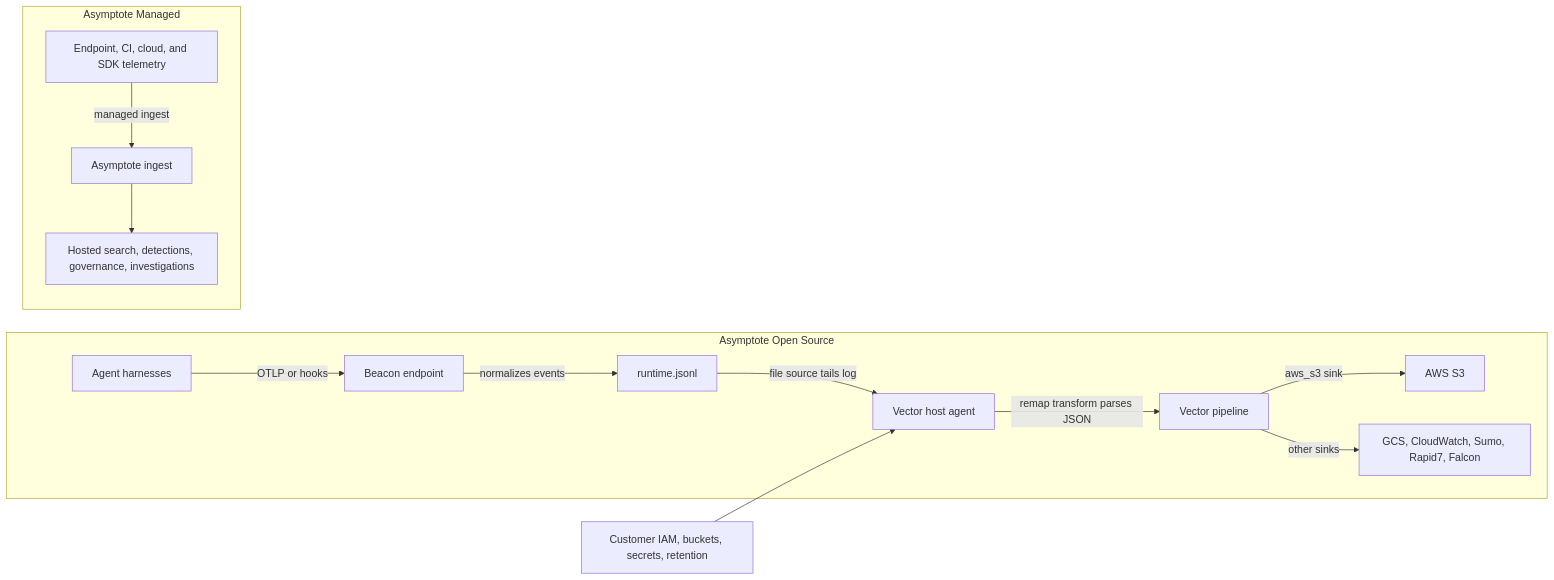
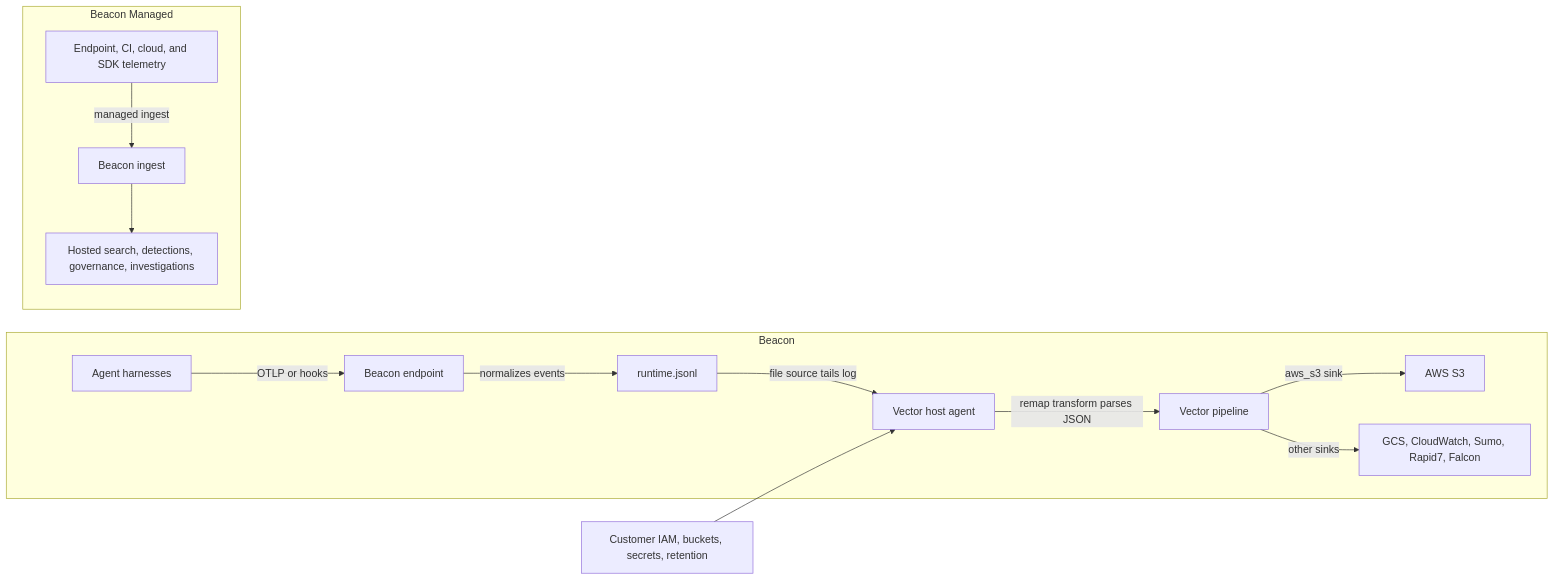
One commit to Asymptote-Labs/agent-beacon changed the diagram in docs/concepts/vector-forwarding.mdx. Above: the diagram before and after it, drawn with Mermaid. The commit also changed other lines of this file and 115 other files, not shown here.

````diff
--- a/docs/concepts/vector-forwarding.mdx
+++ b/docs/concepts/vector-forwarding.mdx
@@ -6,18 +6,18 @@
 ```mermaid
 flowchart LR
-  subgraph openSourcePath [Asymptote Open Source]
+  subgraph openSourcePath [Beacon]
     agentHarnesses["Agent harnesses"] -->|"OTLP or hooks"| beaconEndpoint["Beacon endpoint"]
     beaconEndpoint -->|"normalizes events"| runtimeLog["runtime.jsonl"]
     runtimeLog -->|"file source tails log"| vectorAgent["Vector host agent"]
     vectorAgent -->|"remap transform parses JSON"| vectorPipeline["Vector pipeline"]
     vectorPipeline -->|"aws_s3 sink"| s3Bucket["AWS S3"]
     vectorPipeline -->|"other sinks"| customerDestinations["GCS, CloudWatch, Sumo, Rapid7, Falcon"]
   end
 
-  subgraph managedPath [Asymptote Managed]
-    managedSources["Endpoint, CI, cloud, and SDK telemetry"] -->|"managed ingest"| managedIngest["Asymptote ingest"]
+  subgraph managedPath [Beacon Managed]
+    managedSources["Endpoint, CI, cloud, and SDK telemetry"] -->|"managed ingest"| managedIngest["Beacon ingest"]
     managedIngest --> managedPlatform["Hosted search, detections, governance, investigations"]
   end
 
   customerControls["Customer IAM, buckets, secrets, retention"] --> vectorAgent
 ```
````
